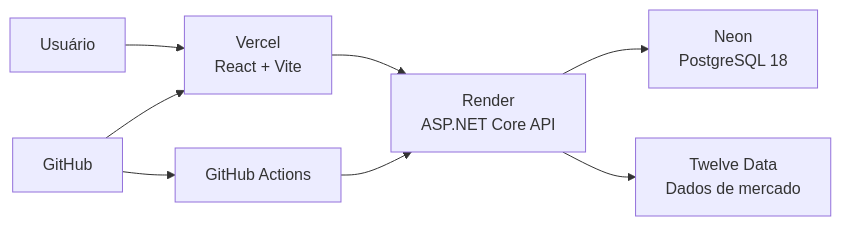
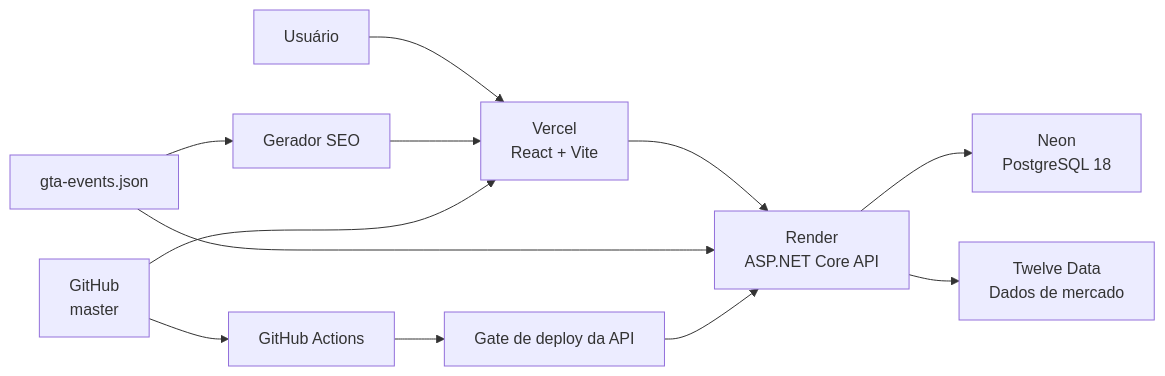
Before and after one commit to JrCotrim/VI-Impact: the diagram in README.md, drawn with Mermaid. The commit also changed other lines of this file, not shown here.

````diff
--- a/README.md
+++ b/README.md
@@ -75,11 +90,16 @@
 ```mermaid
 flowchart LR
     U[Usuário] --> V[Vercel<br/>React + Vite]
     V --> R[Render<br/>ASP.NET Core API]
     R --> N[Neon<br/>PostgreSQL 18]
     R --> T[Twelve Data<br/>Dados de mercado]
 
-    G[GitHub] --> CI[GitHub Actions]
-    CI --> R
+    C[gta-events.json] --> R
+    C --> S[Gerador SEO]
+    S --> V
+
+    G[GitHub<br/>master] --> CI[GitHub Actions]
+    CI --> RG[Gate de deploy da API]
+    RG --> R
     G --> V
 ```
````
